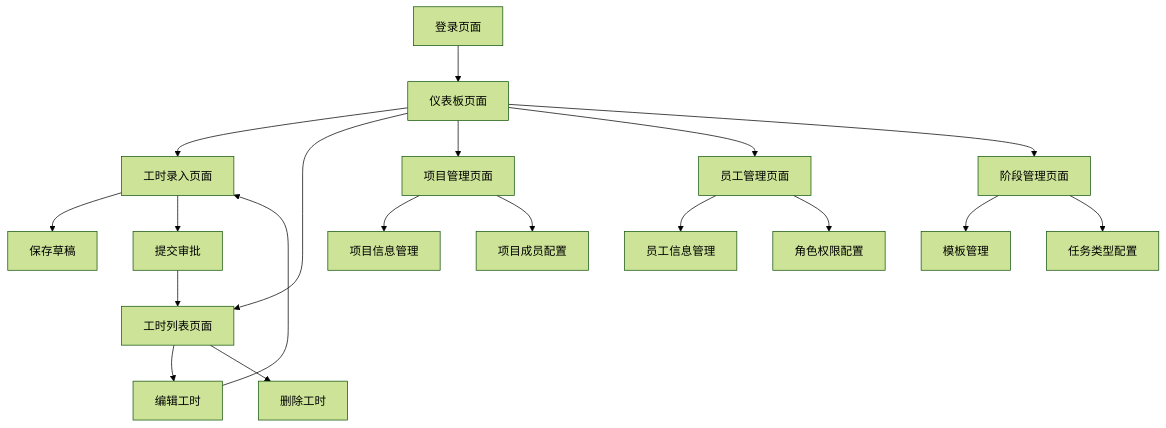
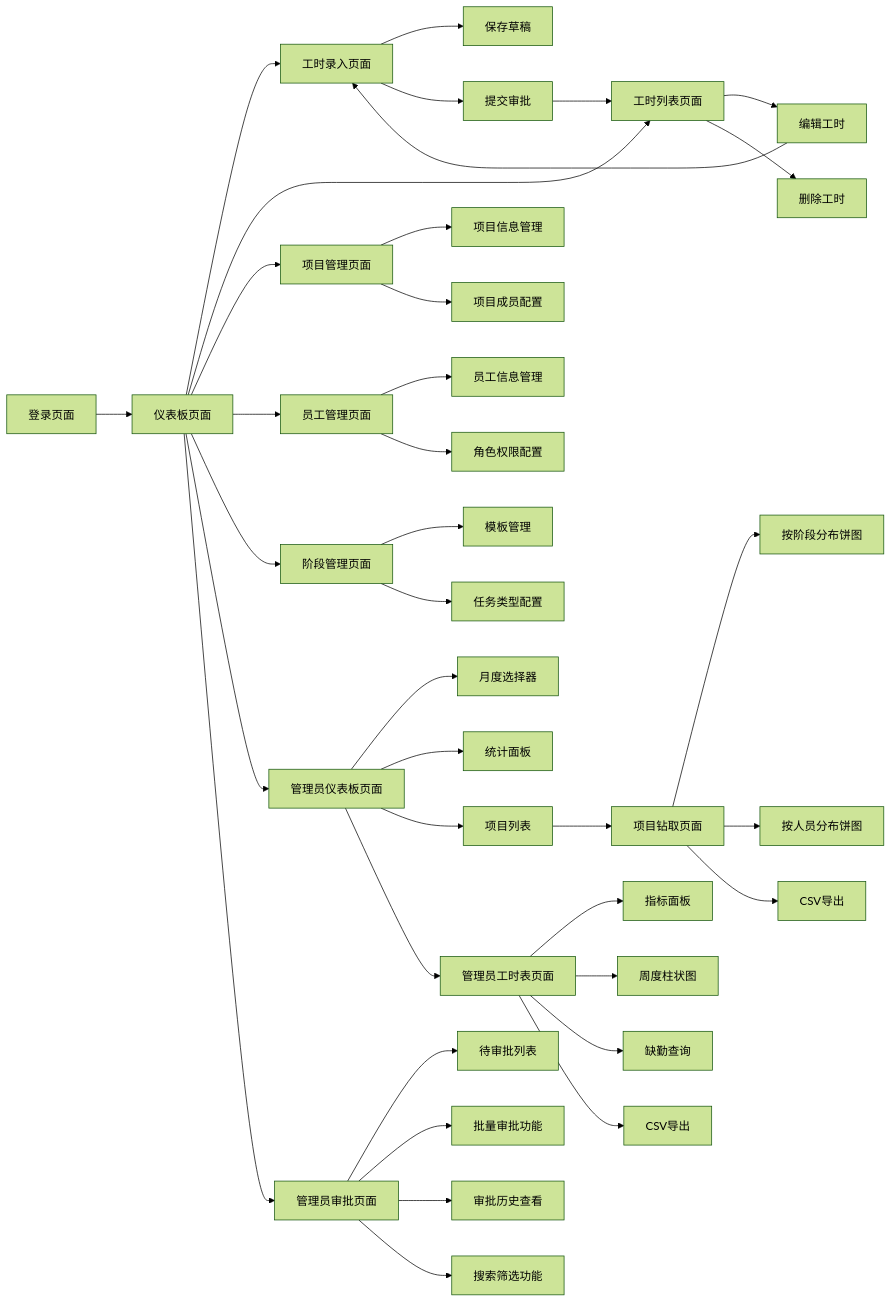
Before and after one commit to gearzhan/PRMKit: the diagram in .trae/documents/PRMKit产品需求文档.md, drawn with Mermaid (forest theme). The commit also changed other lines of this file and 19 other files, not shown here.

````diff
--- a/.trae/documents/PRMKit产品需求文档.md
+++ b/.trae/documents/PRMKit产品需求文档.md
@@ -81,23 +123,45 @@
 ```mermaid
-graph TD
+graph LR
     A[登录页面] --> B[仪表板页面]
     B --> C[工时录入页面]
     B --> D[工时列表页面]
     B --> E[项目管理页面]
     B --> F[员工管理页面]
     B --> G[阶段管理页面]
+    B --> H[管理员仪表板页面]
     
     C --> C1[保存草稿]
     C --> C2[提交审批]
     C2 --> D
     D --> D1[编辑工时]
     D --> D2[删除工时]
     D1 --> C
     
     E --> E1[项目信息管理]
     E --> E2[项目成员配置]
     F --> F1[员工信息管理]
     F --> F2[角色权限配置]
     G --> G1[模板管理]
     G --> G2[任务类型配置]
+    
+    H --> H1[月度选择器]
+    H --> H2[统计面板]
+    H --> H3[项目列表]
+    H3 --> I[项目钻取页面]
+    H --> J[管理员工时表页面]
+    
+    I --> I1[按阶段分布饼图]
+    I --> I2[按人员分布饼图]
+    I --> I3[CSV导出]
+    
+    J --> J1[指标面板]
+    J --> J2[周度柱状图]
+    J --> J3[缺勤查询]
+    J --> J4[CSV导出]
+    
+    B --> K[管理员审批页面]
+    K --> K1[待审批列表]
+    K --> K2[批量审批功能]
+    K --> K3[审批历史查看]
+    K --> K4[搜索筛选功能]
 ```
````
